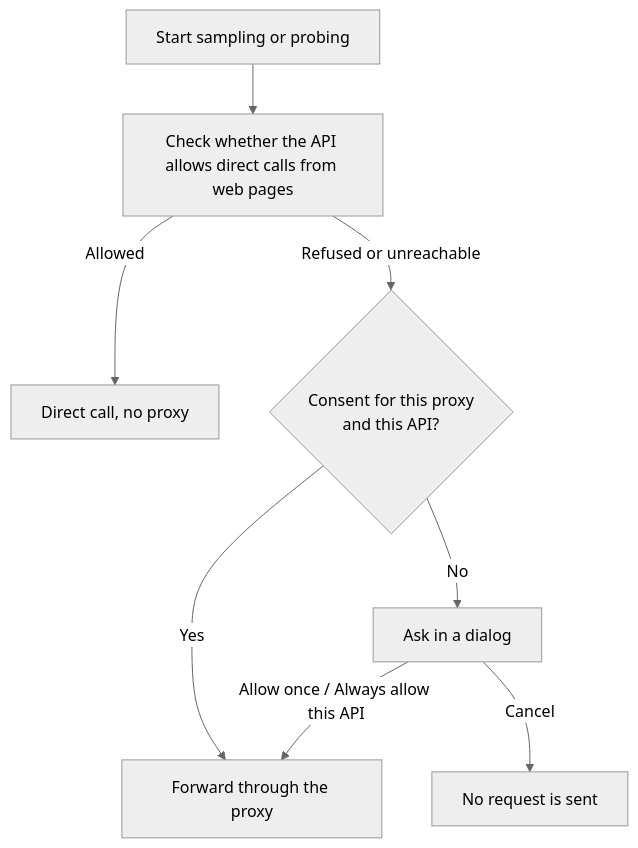
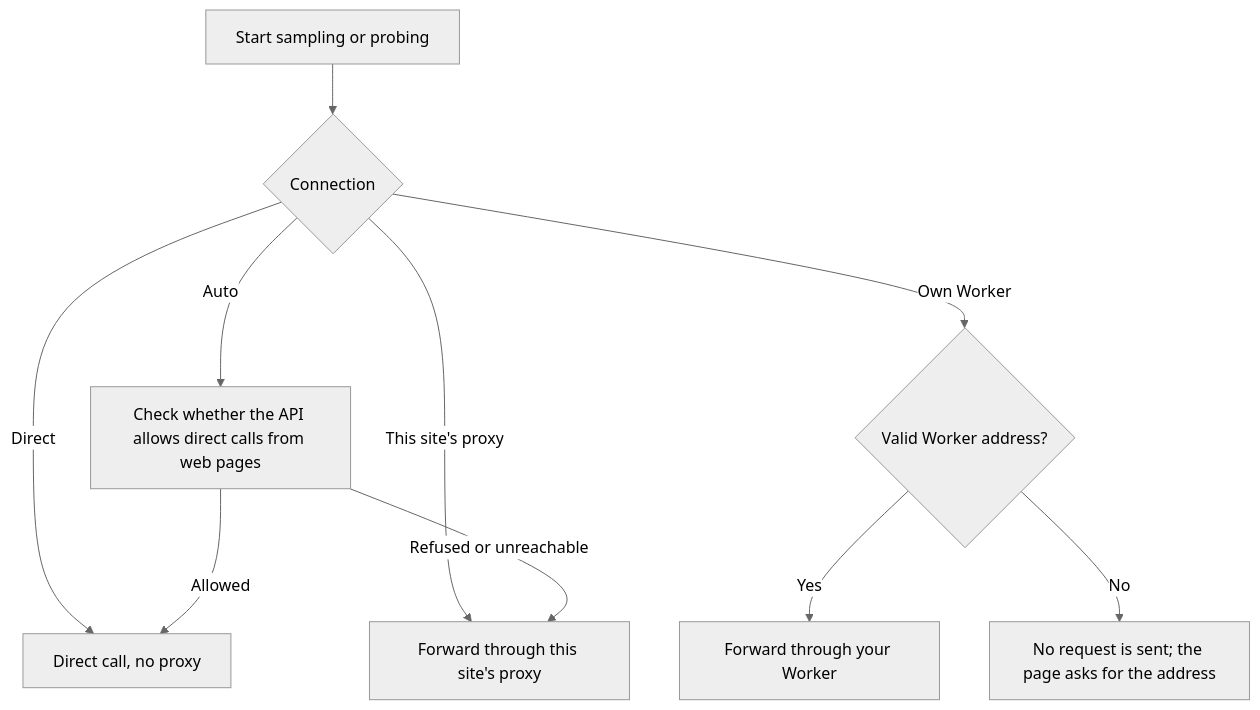
One commit to Alice39s/lm-detector changed the diagram in docs/content/docs/web/connection.en.mdx. Above: the diagram before and after it, drawn with Mermaid (neutral theme). The commit also changed other lines of this file and 85 other files, not shown here.

````diff
--- a/docs/content/docs/web/connection.en.mdx
+++ b/docs/content/docs/web/connection.en.mdx
@@ -25,10 +32,12 @@
 ```mermaid
 flowchart TD
-    A["Start sampling or probing"] --> B["Check whether the API allows direct calls from web pages"]
-    B -->|Allowed| C["Direct call, no proxy"]
-    B -->|Refused or unreachable| D{"Consent for this proxy<br/>and this API?"}
-    D -->|Yes| E["Forward through the proxy"]
-    D -->|No| F["Ask in a dialog"]
-    F -->|Allow once / Always allow this API| E
-    F -->|Cancel| G["No request is sent"]
+    A["Start sampling or probing"] --> B{"Connection"}
+    B -->|Direct| C["Direct call, no proxy"]
+    B -->|This site's proxy| D["Forward through this site's proxy"]
+    B -->|Own Worker| E{"Valid Worker address?"}
+    E -->|Yes| F["Forward through your Worker"]
+    E -->|No| G["No request is sent; the page asks for the address"]
+    B -->|Auto| H["Check whether the API allows direct calls from web pages"]
+    H -->|Allowed| C
+    H -->|Refused or unreachable| D
 ```
````
